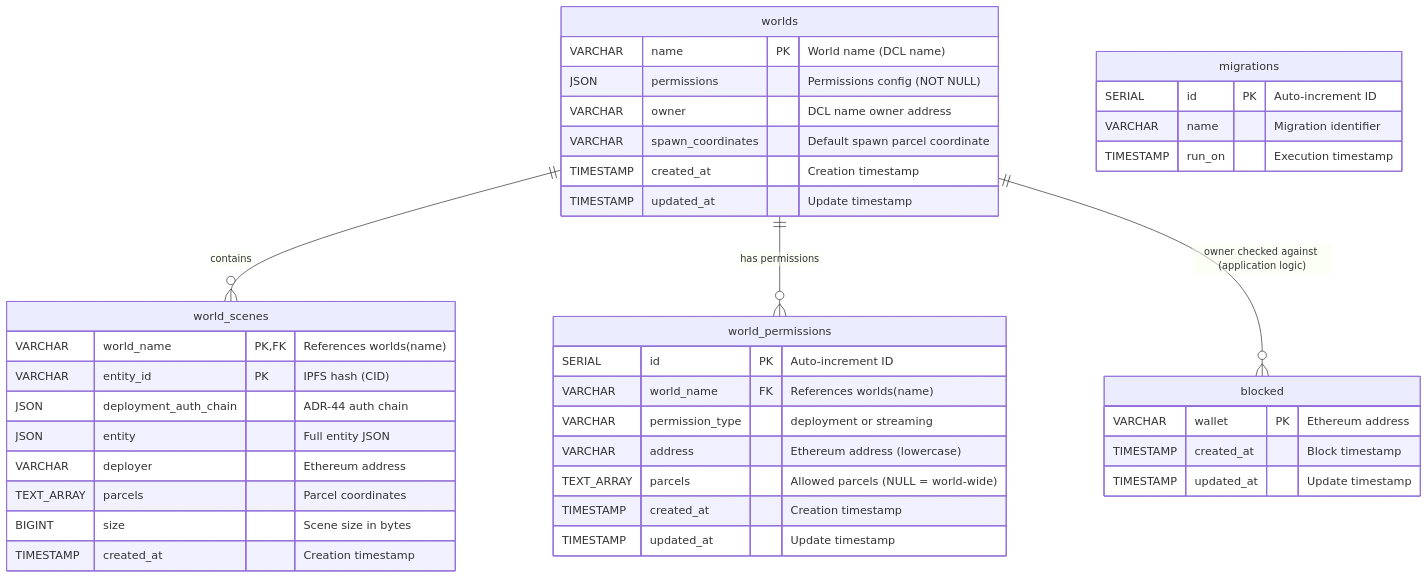
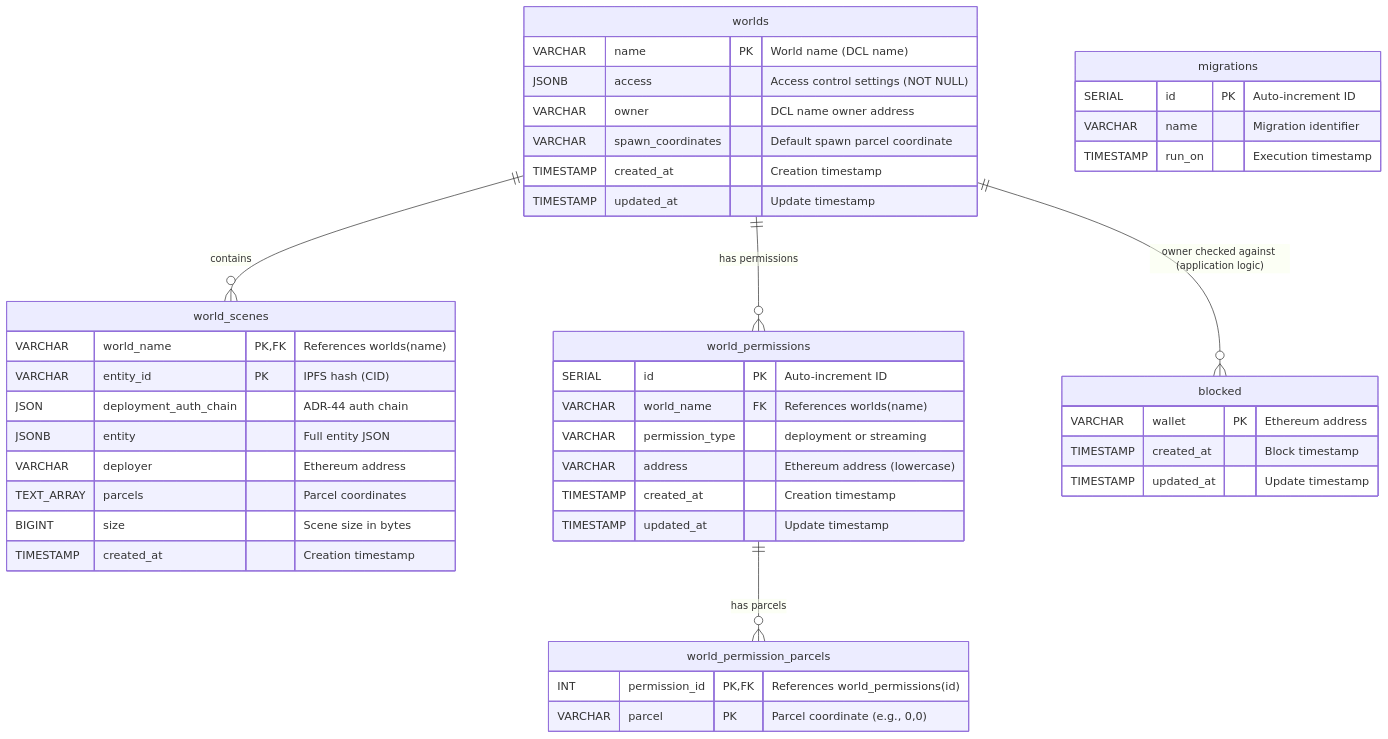
The diagram in docs/database-schema.md (decentraland/worlds-content-server), drawn with Mermaid before and after one commit. The commit also changed other lines of this file, not shown here.

Commit message:
feat: Update database schema

````diff
--- a/docs/database-schema.md
+++ b/docs/database-schema.md
@@ -19,48 +20,53 @@
 ```mermaid
 erDiagram
     worlds {
         VARCHAR name PK "World name (DCL name)"
-        JSON permissions "Permissions config (NOT NULL)"
+        JSONB access "Access control settings (NOT NULL)"
         VARCHAR owner "DCL name owner address"
         VARCHAR spawn_coordinates "Default spawn parcel coordinate"
         TIMESTAMP created_at "Creation timestamp"
         TIMESTAMP updated_at "Update timestamp"
     }
 
     world_scenes {
         VARCHAR world_name PK,FK "References worlds(name)"
         VARCHAR entity_id PK "IPFS hash (CID)"
         JSON deployment_auth_chain "ADR-44 auth chain"
-        JSON entity "Full entity JSON"
+        JSONB entity "Full entity JSON"
         VARCHAR deployer "Ethereum address"
         TEXT_ARRAY parcels "Parcel coordinates"
         BIGINT size "Scene size in bytes"
         TIMESTAMP created_at "Creation timestamp"
     }
 
     world_permissions {
         SERIAL id PK "Auto-increment ID"
         VARCHAR world_name FK "References worlds(name)"
         VARCHAR permission_type "deployment or streaming"
         VARCHAR address "Ethereum address (lowercase)"
-        TEXT_ARRAY parcels "Allowed parcels (NULL = world-wide)"
         TIMESTAMP created_at "Creation timestamp"
         TIMESTAMP updated_at "Update timestamp"
+    }
+
+    world_permission_parcels {
+        INT permission_id PK,FK "References world_permissions(id)"
+        VARCHAR parcel PK "Parcel coordinate (e.g., 0,0)"
     }
 
     blocked {
         VARCHAR wallet PK "Ethereum address"
         TIMESTAMP created_at "Block timestamp"
         TIMESTAMP updated_at "Update timestamp"
     }
 
     migrations {
         SERIAL id PK "Auto-increment ID"
         VARCHAR name "Migration identifier"
         TIMESTAMP run_on "Execution timestamp"
     }
 
     worlds ||--o{ world_scenes : "contains"
     worlds ||--o{ world_permissions : "has permissions"
+    world_permissions ||--o{ world_permission_parcels : "has parcels"
     worlds ||--o{ blocked : "owner checked against (application logic)"
 ```
````
